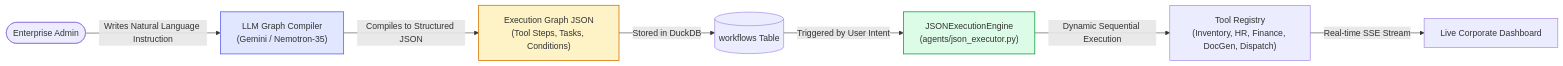
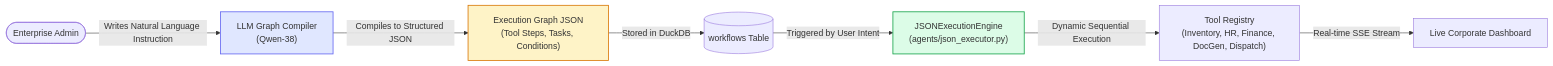
One commit to daffaarigoh/AutoRestock-Agent changed the fifth of 5 diagrams in README.md. Above: the diagram before and after it, drawn with Mermaid. The commit also changed other lines of this file and 43 other files, not shown here.

````diff
--- a/README.md
+++ b/README.md
@@ -225,13 +239,13 @@
 ```mermaid
 flowchart LR
-    Admin([Enterprise Admin]) -->|Writes Natural Language Instruction| LLM["LLM Graph Compiler<br/>(Gemini / Nemotron-35)"]
+    Admin([Enterprise Admin]) -->|Writes Natural Language Instruction| LLM["LLM Graph Compiler<br/>(Qwen-38)"]
     LLM -->|Compiles to Structured JSON| Graph["Execution Graph JSON<br/>(Tool Steps, Tasks, Conditions)"]
     Graph -->|Stored in DuckDB| DB[("workflows Table")]
     DB -->|Triggered by User Intent| Engine["JSONExecutionEngine<br/>(agents/json_executor.py)"]
     Engine -->|Dynamic Sequential Execution| Tools["Tool Registry<br/>(Inventory, HR, Finance, DocGen, Dispatch)"]
     Tools -->|Real-time SSE Stream| Dashboard["Live Corporate Dashboard"]
 
     style LLM fill:#e0e7ff,stroke:#6366f1,stroke-width:1.5px
     style Graph fill:#fef3c7,stroke:#d97706,stroke-width:1.5px
     style Engine fill:#dcfce7,stroke:#16a34a,stroke-width:1.5px
 ```
````
